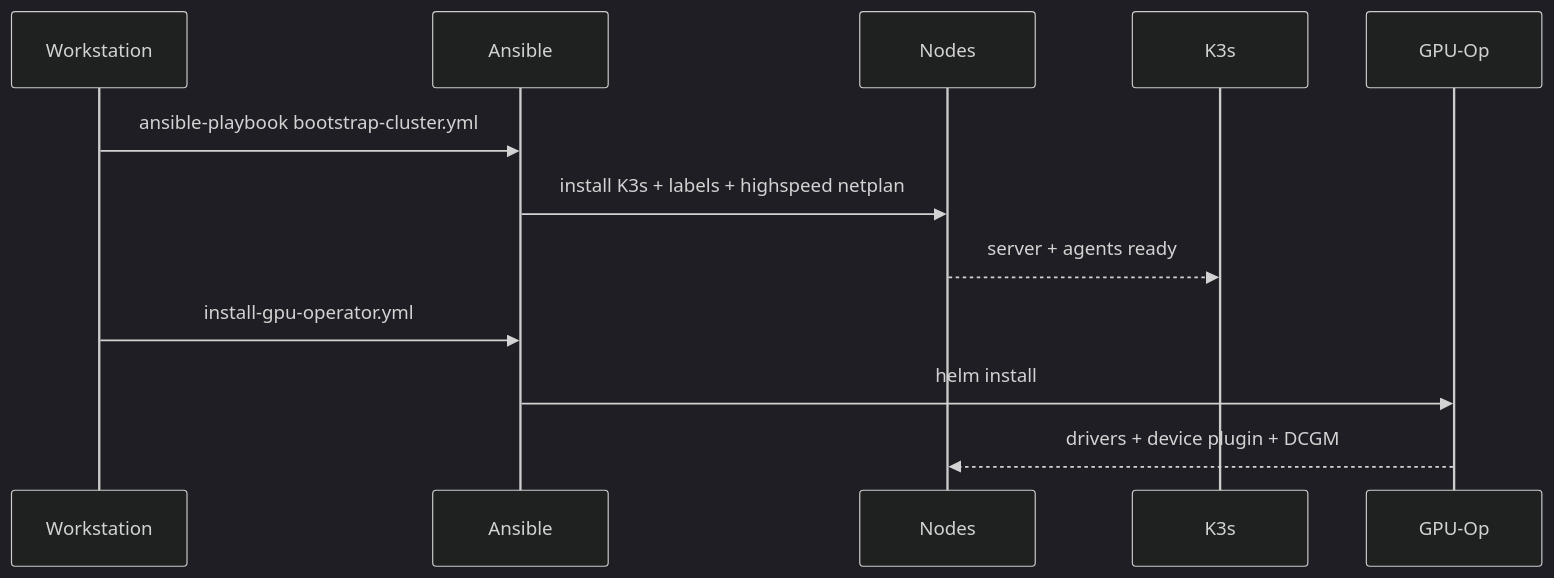
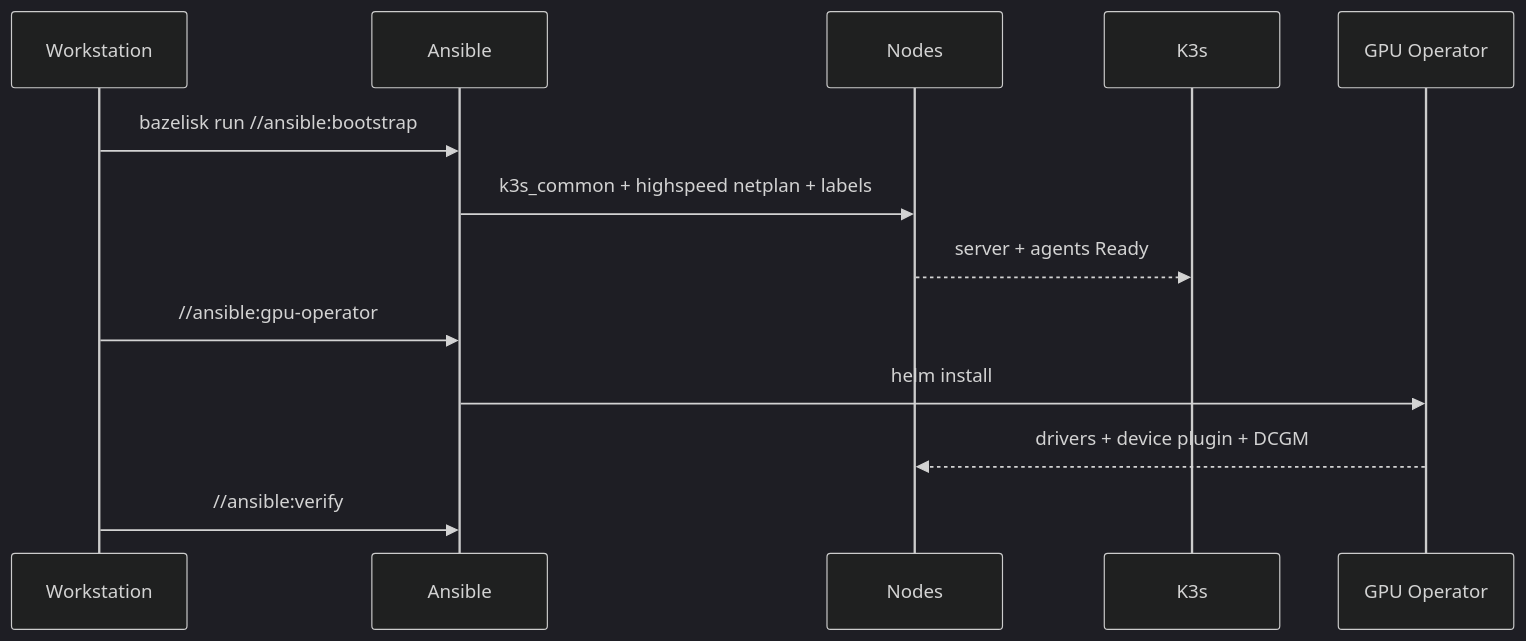
One commit to toxicoder/nvidia-dgx-spark-lab changed the second of 5 diagrams in docs/architecture.md. Above: the diagram before and after it, drawn with Mermaid (dark theme). The commit also changed other lines of this file and 132 other files, not shown here.

````diff
--- a/docs/architecture.md
+++ b/docs/architecture.md
@@ -41,15 +52,16 @@
 ```mermaid
 sequenceDiagram
     participant WS as Workstation
     participant Ansible
     participant Nodes
     participant K3s
-    participant GPU-Op
+    participant GPUOp as GPU Operator
 
-    WS->>Ansible: ansible-playbook bootstrap-cluster.yml
-    Ansible->>Nodes: install K3s + labels + highspeed netplan
-    Nodes-->>K3s: server + agents ready
-    WS->>Ansible: install-gpu-operator.yml
-    Ansible->>GPU-Op: helm install
-    GPU-Op-->>Nodes: drivers + device plugin + DCGM
+    WS->>Ansible: bazelisk run //ansible:bootstrap
+    Ansible->>Nodes: k3s_common + highspeed netplan + labels
+    Nodes-->>K3s: server + agents Ready
+    WS->>Ansible: //ansible:gpu-operator
+    Ansible->>GPUOp: helm install
+    GPUOp-->>Nodes: drivers + device plugin + DCGM
+    WS->>Ansible: //ansible:verify
 ```
````
